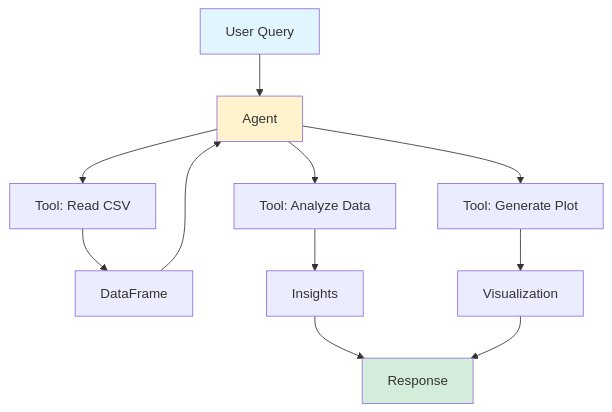
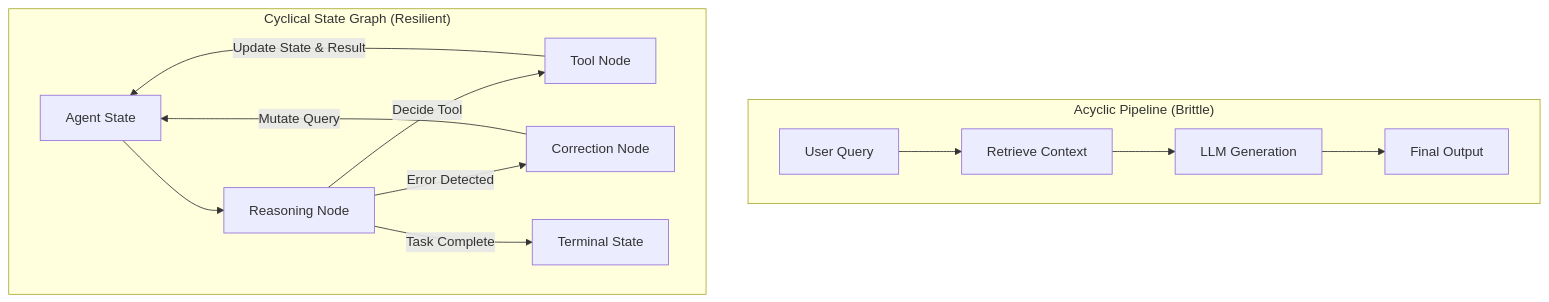
The first of 2 diagrams in _posts/2024/07/2024-07-30-llm-cource-with-langchain-and-agent.md (akillness/akillness.github.io), drawn with Mermaid before and after one commit. The commit also changed other lines of this file and 1 other file, not shown here.

Commit message:
archive(dev): rebuild llm-cource-with-langchain-and-agent from 2024-07 note

````diff
--- a/_posts/2024/07/2024-07-30-llm-cource-with-langchain-and-agent.md
+++ b/_posts/2024/07/2024-07-30-llm-cource-with-langchain-and-agent.md
@@ -167,17 +19,17 @@
 ```mermaid
-graph TB
-    A[User Query] --> B[Agent]
-    B --> C[Tool: Read CSV]
-    B --> D[Tool: Analyze Data]
-    B --> E[Tool: Generate Plot]
-    C --> F[DataFrame]
-    D --> G[Insights]
-    E --> H[Visualization]
-    F --> B
-    G --> I[Response]
-    H --> I
+flowchart TD
+    subgraph LinearPipeline["Acyclic Pipeline (Brittle)"]
+        A[User Query] --> B[Retrieve Context]
+        B --> C[LLM Generation]
+        C --> D[Final Output]
+    end
 
-    style A fill:#e1f5ff
-    style B fill:#fff3cd
-    style I fill:#d4edda
+    subgraph CyclicalStateGraph["Cyclical State Graph (Resilient)"]
+        S[Agent State] --> M[Reasoning Node]
+        M -->|Decide Tool| T[Tool Node]
+        T -->|Update State & Result| S
+        M -->|Error Detected| R[Correction Node]
+        R -->|Mutate Query| S
+        M -->|Task Complete| E[Terminal State]
+    end
 ```
````
